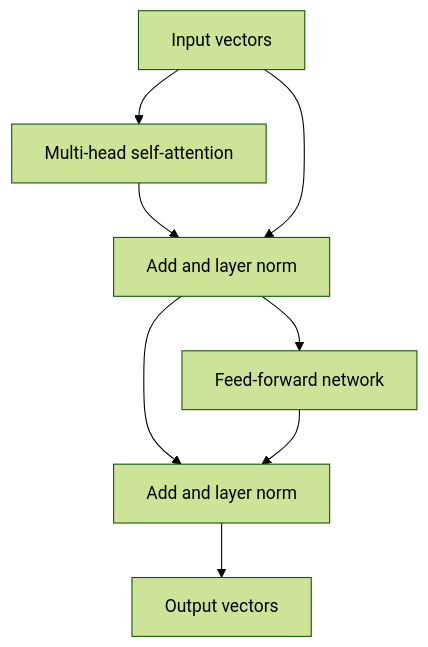
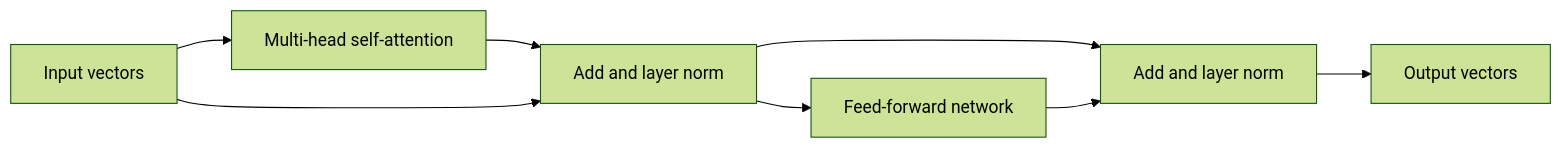
The second of 3 diagrams in docs/learning/ai-machine-learning/llms-and-transformers.md (AthiraMohan14/Complete-Java-Resource-PlayBook), drawn with Mermaid (forest theme) before and after one commit. The commit also changed other lines of this file and 174 other files, not shown here.

````diff
--- a/docs/learning/ai-machine-learning/llms-and-transformers.md
+++ b/docs/learning/ai-machine-learning/llms-and-transformers.md
@@ -60,10 +88,10 @@
 ```mermaid
-flowchart TB
+flowchart LR
     IN[Input vectors] --> ATT[Multi-head self-attention]
     ATT --> ADD1[Add and layer norm]
     IN --> ADD1
     ADD1 --> FFN[Feed-forward network]
     ADD1 --> ADD2[Add and layer norm]
     FFN --> ADD2
     ADD2 --> OUT[Output vectors]
 ```
````
